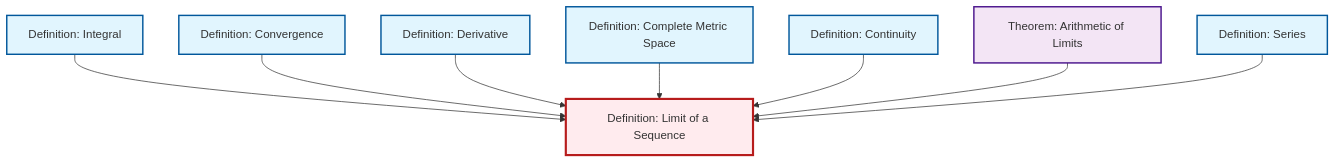
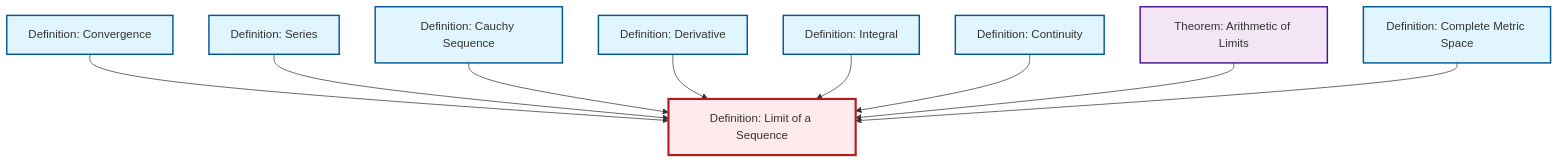
The diagram in content/en/analysis/def-limit.qmd (RK0429/ModernMath), drawn with Mermaid before and after one commit. The commit also changed 531 other files, not shown here.

````diff
--- a/content/en/analysis/def-limit.qmd
+++ b/content/en/analysis/def-limit.qmd
@@ -48,32 +48,35 @@
 ```{mermaid}
 %%| fig-cap: "Local dependency graph"
 graph TD
     classDef definition fill:#e1f5fe,stroke:#01579b,stroke-width:2px
     classDef theorem fill:#f3e5f5,stroke:#4a148c,stroke-width:2px
     classDef axiom fill:#fff3e0,stroke:#e65100,stroke-width:2px
     classDef example fill:#e8f5e9,stroke:#1b5e20,stroke-width:2px
     classDef current fill:#ffebee,stroke:#b71c1c,stroke-width:3px
+    def-continuity["Definition: Continuity"]:::definition
+    def-integral["Definition: Integral"]:::definition
+    def-series["Definition: Series"]:::definition
     def-limit["Definition: Limit of a Sequence"]:::definition
-    def-series["Definition: Series"]:::definition
+    def-derivative["Definition: Derivative"]:::definition
     def-convergence["Definition: Convergence"]:::definition
+    def-cauchy-sequence["Definition: Cauchy Sequence"]:::definition
+    thm-limit-arithmetic["Theorem: Arithmetic of Limits"]:::theorem
     def-complete-metric-space["Definition: Complete Metric Space"]:::definition
-    def-integral["Definition: Integral"]:::definition
-    def-derivative["Definition: Derivative"]:::definition
-    def-continuity["Definition: Continuity"]:::definition
-    thm-limit-arithmetic["Theorem: Arithmetic of Limits"]:::theorem
+    def-convergence --> def-limit
+    def-series --> def-limit
+    def-cauchy-sequence --> def-limit
+    def-derivative --> def-limit
     def-integral --> def-limit
-    def-convergence --> def-limit
-    def-derivative --> def-limit
-    def-complete-metric-space --> def-limit
     def-continuity --> def-limit
     thm-limit-arithmetic --> def-limit
-    def-series --> def-limit
+    def-complete-metric-space --> def-limit
     class def-limit current
+    click def-continuity "def-continuity.html" "Go to Continuity definition"
+    click def-integral "def-integral.html" "Go to Integral definition"
     click def-series "def-series.html" "Go to Series definition"
+    click def-derivative "def-derivative.html" "Go to Derivative definition"
     click def-convergence "def-convergence.html" "Go to Convergence definition"
+    click def-cauchy-sequence "def-cauchy-sequence.html" "Go to Cauchy Sequence definition"
+    click thm-limit-arithmetic "thm-limit-arithmetic.html" "Go to Arithmetic of Limits theorem"
     click def-complete-metric-space "def-complete-metric-space.html" "Go to Complete Metric Space definition"
-    click def-integral "def-integral.html" "Go to Integral definition"
-    click def-derivative "def-derivative.html" "Go to Derivative definition"
-    click def-continuity "def-continuity.html" "Go to Continuity definition"
-    click thm-limit-arithmetic "thm-limit-arithmetic.html" "Go to Arithmetic of Limits theorem"
 ```
````
